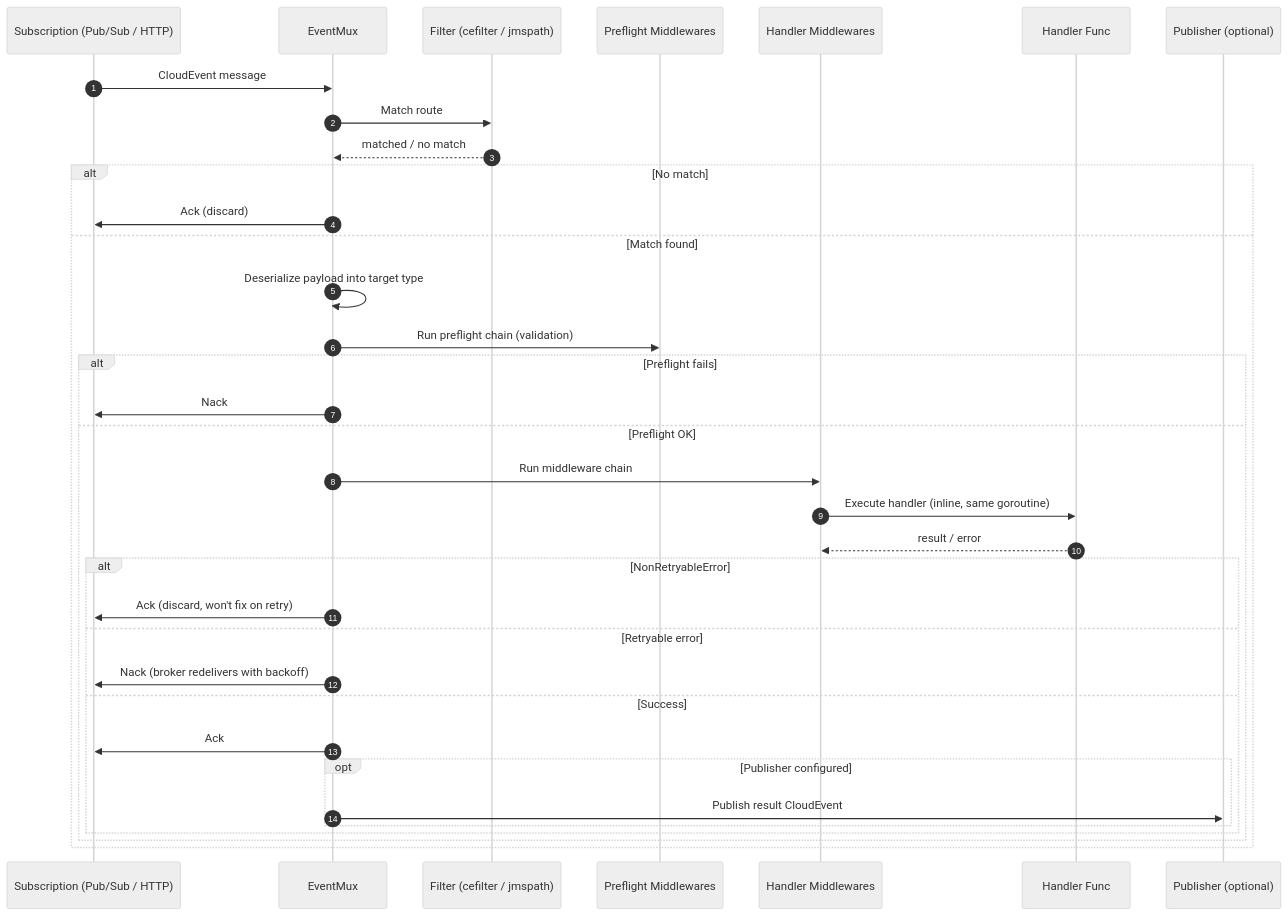
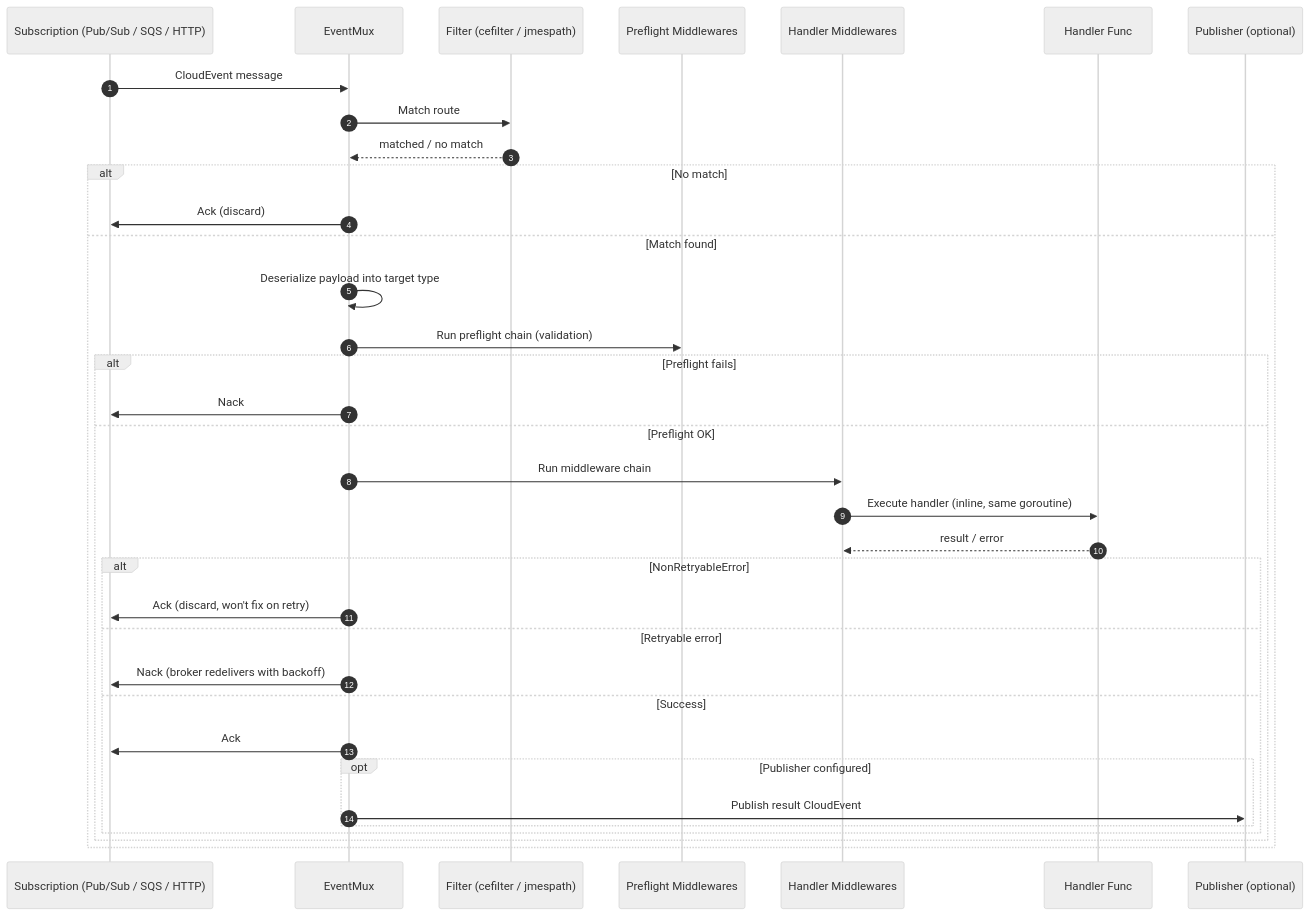
Before and after one commit to norlis/event-driven: the second of 2 diagrams in README.md, drawn with Mermaid (neutral theme). The commit also changed other lines of this file and 1 other file, not shown here.

````diff
--- a/README.md
+++ b/README.md
@@ -106,40 +109,40 @@
 ```mermaid
 sequenceDiagram
     autonumber
-    participant Broker as Subscription (Pub/Sub / HTTP)
+    participant Broker as Subscription (Pub/Sub / SQS / HTTP)
     participant Mux as EventMux
-    participant Filter as Filter (cefilter / jmspath)
+    participant Filter as Filter (cefilter / jmespath)
     participant Preflight as Preflight Middlewares
     participant MW as Handler Middlewares
     participant Handler as Handler Func
     participant Pub as Publisher (optional)
 
     Broker->>Mux: CloudEvent message
     Mux->>Filter: Match route
     Filter-->>Mux: matched / no match
 
     alt No match
         Mux->>Broker: Ack (discard)
     else Match found
         Mux->>Mux: Deserialize payload into target type
         Mux->>Preflight: Run preflight chain (validation)
         alt Preflight fails
             Mux->>Broker: Nack
         else Preflight OK
             Mux->>MW: Run middleware chain
             MW->>Handler: Execute handler (inline, same goroutine)
             Handler-->>MW: result / error
 
             alt NonRetryableError
                 Mux->>Broker: Ack (discard, won't fix on retry)
             else Retryable error
                 Mux->>Broker: Nack (broker redelivers with backoff)
             else Success
                 Mux->>Broker: Ack
                 opt Publisher configured
                     Mux->>Pub: Publish result CloudEvent
                 end
             end
         end
     end
 ```
````
